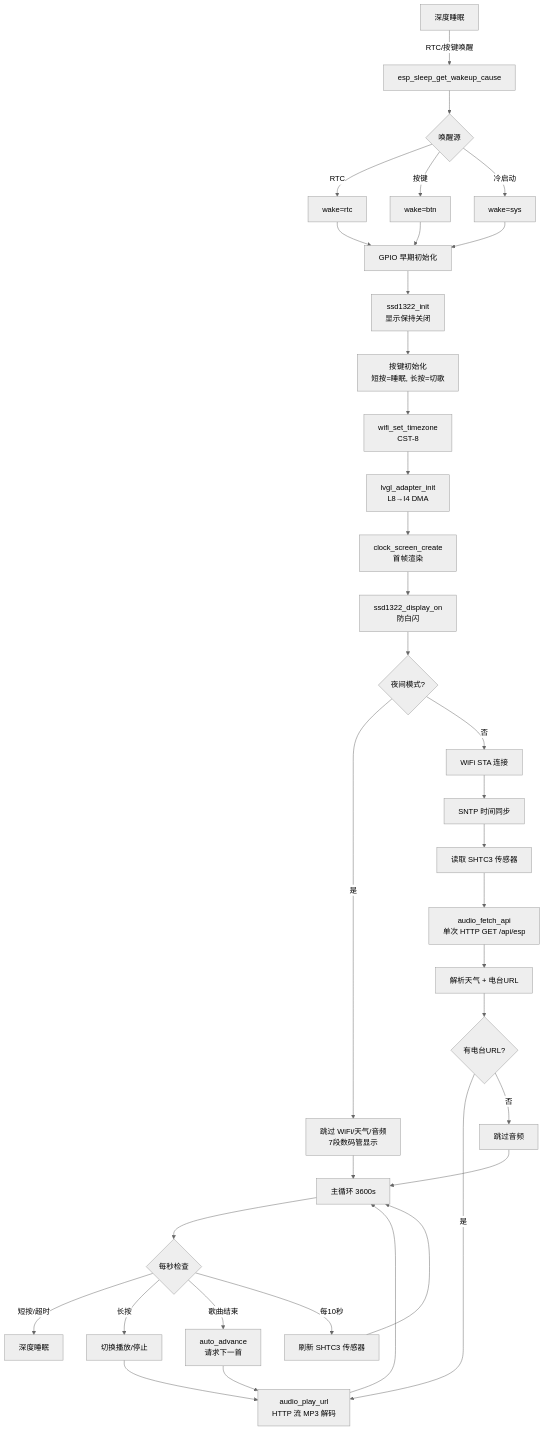
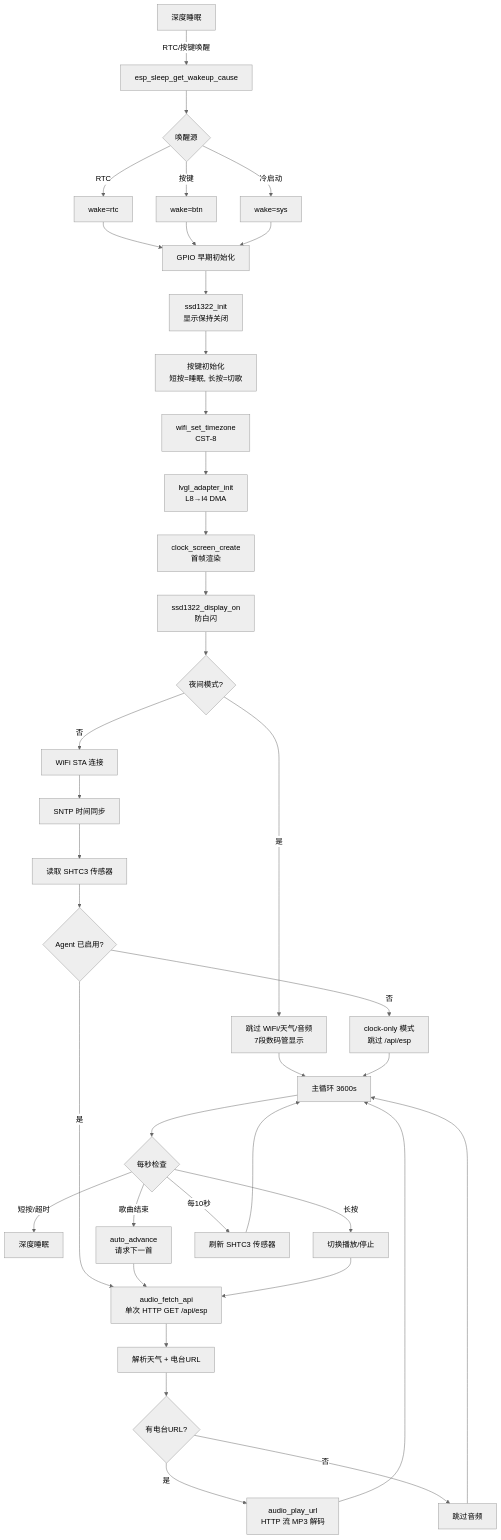
Before and after one commit to llinzzi/slumbercube: the second of 5 diagrams in README.md, drawn with Mermaid (neutral theme). The commit also changed other lines of this file and 9 other files, not shown here.

````diff
--- a/README.md
+++ b/README.md
@@ -182,44 +182,47 @@
 ```mermaid
 flowchart TD
     A[深度睡眠] -->|RTC/按键唤醒| B[esp_sleep_get_wakeup_cause]
     B --> C{唤醒源}
     C -->|RTC| D[wake=rtc]
     C -->|按键| E[wake=btn]
     C -->|冷启动| F[wake=sys]
 
     D --> G[GPIO 早期初始化]
     E --> G
     F --> G
 
     G --> H[ssd1322_init<br/>显示保持关闭]
     H --> I[按键初始化<br/>短按=睡眠, 长按=切歌]
     I --> J[wifi_set_timezone<br/>CST-8]
     J --> K[lvgl_adapter_init<br/>L8→I4 DMA]
     K --> L[clock_screen_create<br/>首帧渲染]
     L --> M[ssd1322_display_on<br/>防白闪]
 
     M --> N{夜间模式?}
 
     N -->|是| O[跳过 WiFi/天气/音频<br/>7段数码管显示]
     N -->|否| P[WiFi STA 连接]
     P --> Q[SNTP 时间同步]
     Q --> R[读取 SHTC3 传感器]
-    R --> S[audio_fetch_api<br/>单次 HTTP GET /api/esp]
-    S --> T[解析天气 + 电台URL]
-    T --> U{有电台URL?}
-    U -->|是| V[audio_play_url<br/>HTTP 流 MP3 解码]
-    U -->|否| W[跳过音频]
+    R --> S{Agent 已启用?}
+    S -->|否| SA[clock-only 模式<br/>跳过 /api/esp]
+    S -->|是| T[audio_fetch_api<br/>单次 HTTP GET /api/esp]
+    T --> U[解析天气 + 电台URL]
+    U --> V{有电台URL?}
+    V -->|是| W[audio_play_url<br/>HTTP 流 MP3 解码]
+    V -->|否| WA[跳过音频]
 
-    V --> X[主循环 3600s]
-    O --> X
+    O --> X[主循环 3600s]
+    SA --> X
     W --> X
+    WA --> X
 
     X --> Y{每秒检查}
     Y -->|短按/超时| Z[深度睡眠]
     Y -->|长按| AA[切换播放/停止]
     Y -->|歌曲结束| AB[auto_advance<br/>请求下一首]
     Y -->|每10秒| AC[刷新 SHTC3 传感器]
-    AB --> V
-    AA --> V
+    AB --> T
+    AA --> T
     AC --> X
 ```
````
